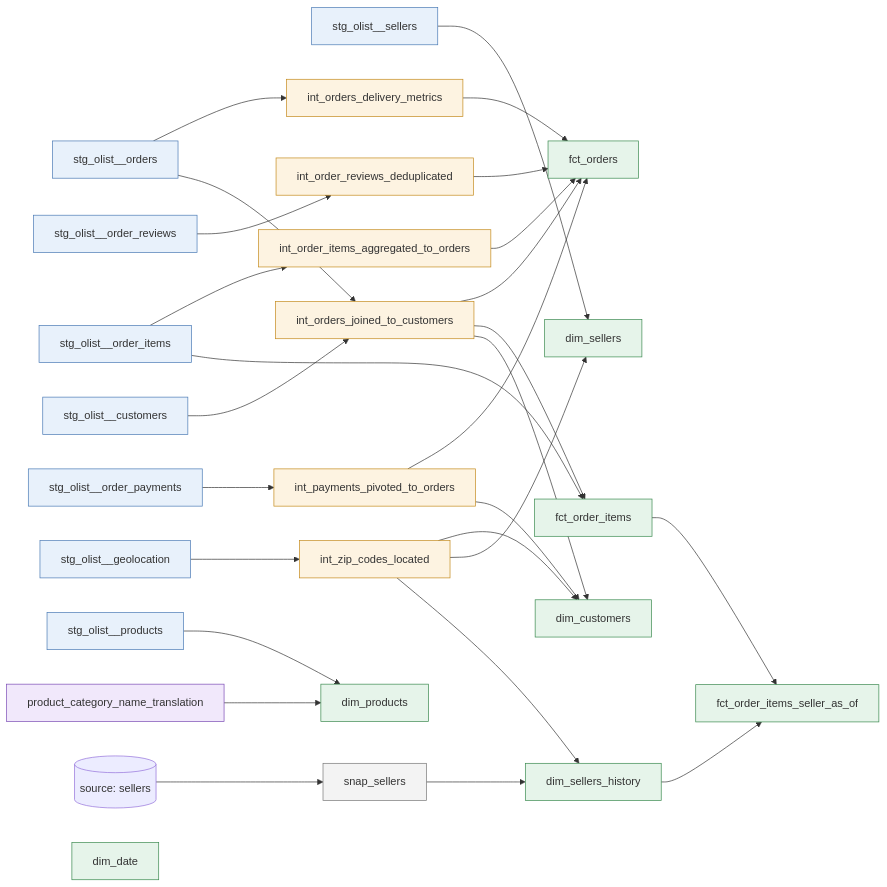
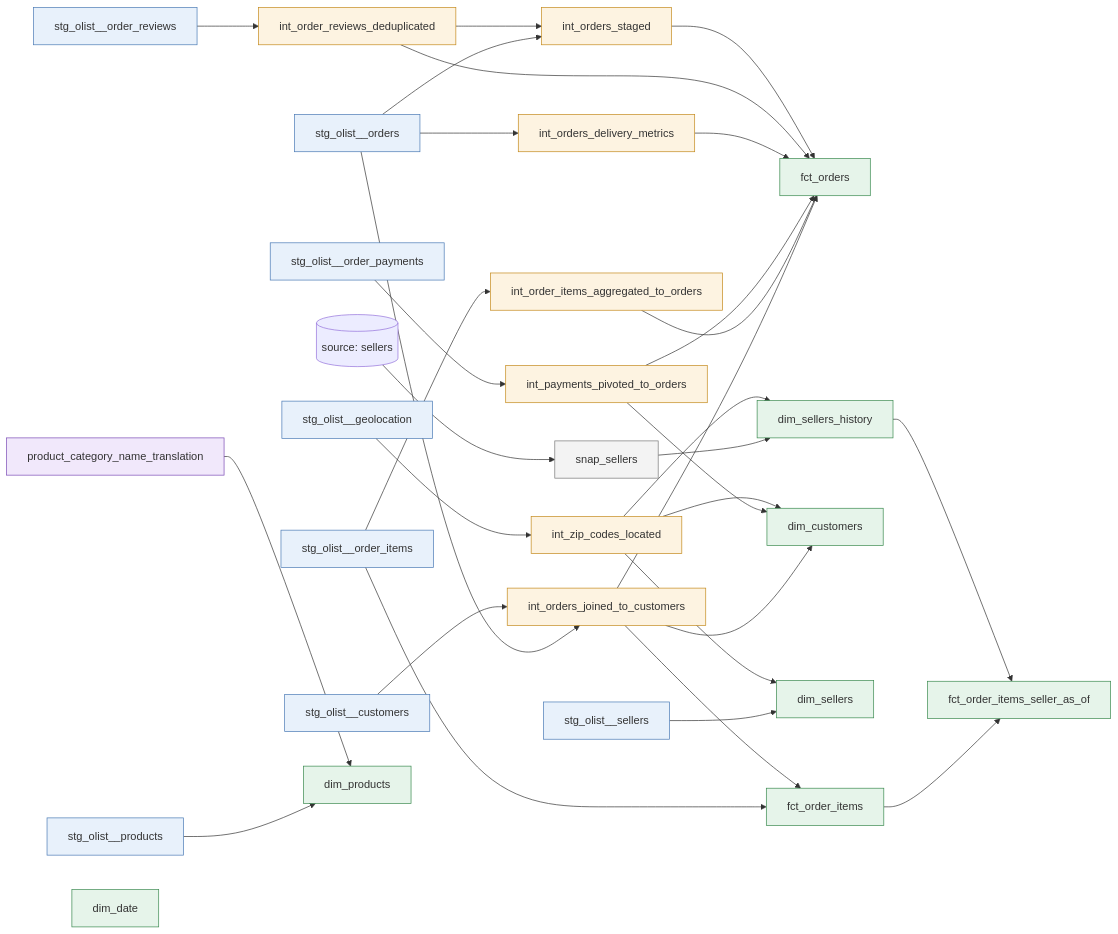
Before and after one commit to ShuCiG/olist-analytics-dbt: the third of 4 diagrams in README.md, drawn with Mermaid. The commit also changed other lines of this file and 11 other files, not shown here.

First line of the commit message:
feat: fct_orders as an accumulating snapshot with an order funnel (D107)

````diff
--- a/README.md
+++ b/README.md
@@ -187,69 +187,73 @@
 ```mermaid
 flowchart LR
     classDef stg fill:#e8f1fb,stroke:#4a7ab5
     classDef int fill:#fdf3e1,stroke:#c48a1c
     classDef mart fill:#e6f4ea,stroke:#3a8a4f
     classDef seed fill:#f1e8fb,stroke:#7a4ab5
     classDef snap fill:#f3f3f3,stroke:#777777
 
     stg_orders[stg_olist__orders]:::stg
     stg_items[stg_olist__order_items]:::stg
     stg_payments[stg_olist__order_payments]:::stg
     stg_reviews[stg_olist__order_reviews]:::stg
     stg_customers[stg_olist__customers]:::stg
     stg_products[stg_olist__products]:::stg
     stg_sellers[stg_olist__sellers]:::stg
     stg_geo[stg_olist__geolocation]:::stg
     translation[product_category_name_translation]:::seed
     src_sellers[(source: sellers)]
     snap_sellers:::snap
 
     int_pay[int_payments_pivoted_to_orders]:::int
     int_items[int_order_items_aggregated_to_orders]:::int
     int_delivery[int_orders_delivery_metrics]:::int
     int_reviews[int_order_reviews_deduplicated]:::int
+    int_staged[int_orders_staged]:::int
     int_zip[int_zip_codes_located]:::int
     int_oc[int_orders_joined_to_customers]:::int
 
     fct_orders:::mart
     fct_order_items:::mart
     dim_customers:::mart
     dim_sellers:::mart
     dim_sellers_history:::mart
     fct_order_items_seller_as_of:::mart
     dim_products:::mart
     dim_date:::mart
 
     stg_payments --> int_pay
     stg_items --> int_items
     stg_orders --> int_delivery
     stg_reviews --> int_reviews
+    stg_orders --> int_staged
+    int_reviews --> int_staged
     stg_geo --> int_zip
     stg_orders --> int_oc
     stg_customers --> int_oc
 
     int_oc --> fct_orders
     int_items --> fct_orders
     int_pay --> fct_orders
     int_delivery --> fct_orders
     int_reviews --> fct_orders
+    int_staged --> fct_orders
 
     stg_items --> fct_order_items
     int_oc --> fct_order_items
 
     int_oc --> dim_customers
     int_pay --> dim_customers
     int_zip --> dim_customers
 
     stg_sellers --> dim_sellers
     int_zip --> dim_sellers
 
     stg_products --> dim_products
     translation --> dim_products
 
     src_sellers --> snap_sellers
     snap_sellers --> dim_sellers_history
     int_zip --> dim_sellers_history
     fct_order_items --> fct_order_items_seller_as_of
     dim_sellers_history --> fct_order_items_seller_as_of
 ```
````
